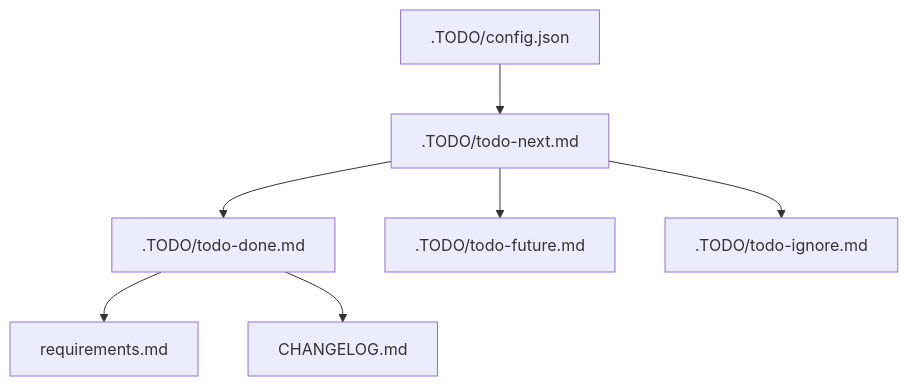
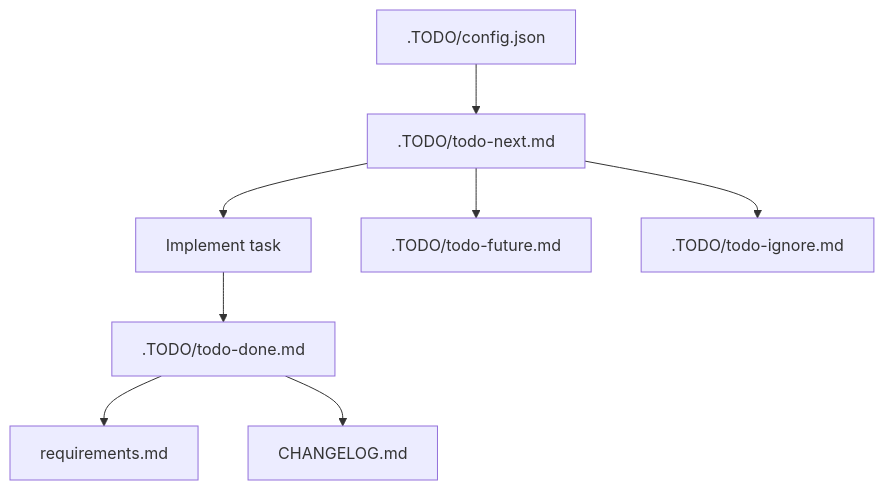
One commit to Nexthood/useclevr-production-2026 changed the diagram in docs/Developer_Guides/TODO_MANAGEMENT.md. Above: the diagram before and after it, drawn with Mermaid. The commit also changed other lines of this file and 33 other files, not shown here.

````diff
--- a/docs/Developer_Guides/TODO_MANAGEMENT.md
+++ b/docs/Developer_Guides/TODO_MANAGEMENT.md
@@ -19,9 +8,10 @@
 ```mermaid
 flowchart TD
   Config[.TODO/config.json] --> Next[.TODO/todo-next.md]
-  Next --> Done[.TODO/todo-done.md]
+  Next --> Work[Implement task]
+  Work --> Done[.TODO/todo-done.md]
   Next --> Future[.TODO/todo-future.md]
   Next --> Ignore[.TODO/todo-ignore.md]
   Done --> Requirements[requirements.md]
   Done --> Changelog[CHANGELOG.md]
 ```
````
